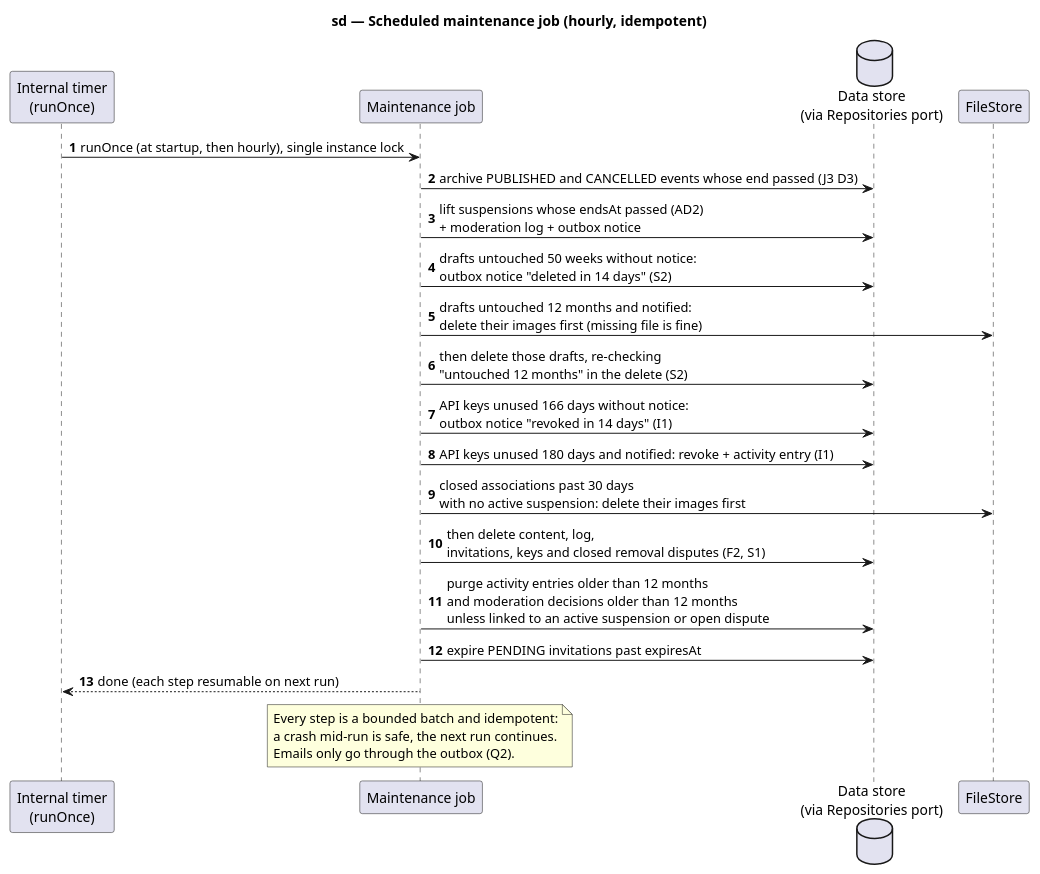
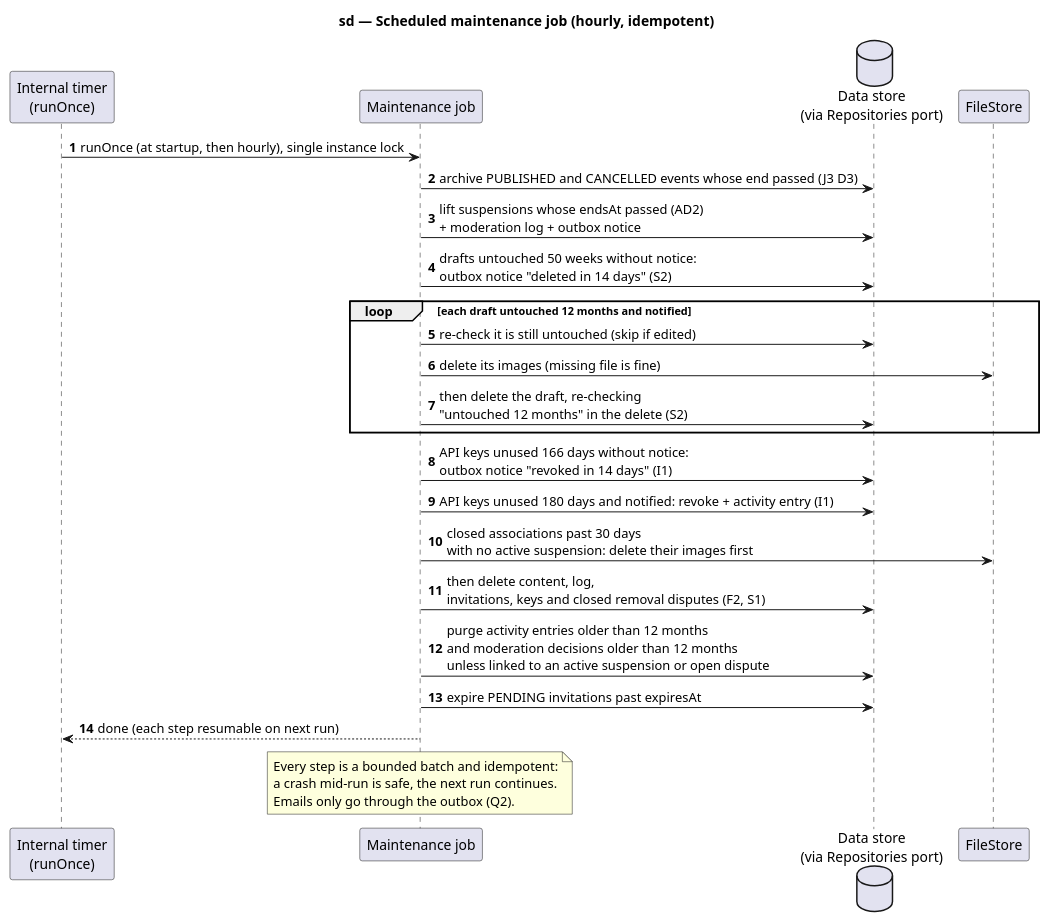
One commit to benoit-bremaud/HappiHub changed the diagram in docs/architecture/diagrams/v1-events/02d-sequence-scheduled-job.puml. Above: the diagram before and after it, drawn with PlantUML. The commit also changed 2 other files, not shown here.

Commit message:
docs(uml): re-check each draft before deleting its images
Narrows the edit race raised in the PR #267 review to a single draft step
without changing the validated class diagram.

```diff
--- a/docs/architecture/diagrams/v1-events/02d-sequence-scheduled-job.puml
+++ b/docs/architecture/diagrams/v1-events/02d-sequence-scheduled-job.puml
@@ -1,28 +1,31 @@
 @startuml
 title sd — Scheduled maintenance job (hourly, idempotent)
 skinparam shadowing false
 autonumber
 participant "Internal timer\n(runOnce)" as S
 participant "Maintenance job" as J
 database "Data store\n(via Repositories port)" as D
 participant "FileStore" as F
 
 S -> J : runOnce (at startup, then hourly), single instance lock
 J -> D : archive PUBLISHED and CANCELLED events whose end passed (J3 D3)
 J -> D : lift suspensions whose endsAt passed (AD2)\n+ moderation log + outbox notice
 J -> D : drafts untouched 50 weeks without notice:\noutbox notice "deleted in 14 days" (S2)
-J -> F : drafts untouched 12 months and notified:\ndelete their images first (missing file is fine)
-J -> D : then delete those drafts, re-checking\n"untouched 12 months" in the delete (S2)
+loop each draft untouched 12 months and notified
+  J -> D : re-check it is still untouched (skip if edited)
+  J -> F : delete its images (missing file is fine)
+  J -> D : then delete the draft, re-checking\n"untouched 12 months" in the delete (S2)
+end
 J -> D : API keys unused 166 days without notice:\noutbox notice "revoked in 14 days" (I1)
 J -> D : API keys unused 180 days and notified: revoke + activity entry (I1)
 J -> F : closed associations past 30 days\nwith no active suspension: delete their images first
 J -> D : then delete content, log,\ninvitations, keys and closed removal disputes (F2, S1)
 J -> D : purge activity entries older than 12 months\nand moderation decisions older than 12 months\nunless linked to an active suspension or open dispute
 J -> D : expire PENDING invitations past expiresAt
 J --> S : done (each step resumable on next run)
 note over J
   Every step is a bounded batch and idempotent:
   a crash mid-run is safe, the next run continues.
   Emails only go through the outbox (Q2).
 end note
 @enduml
```
